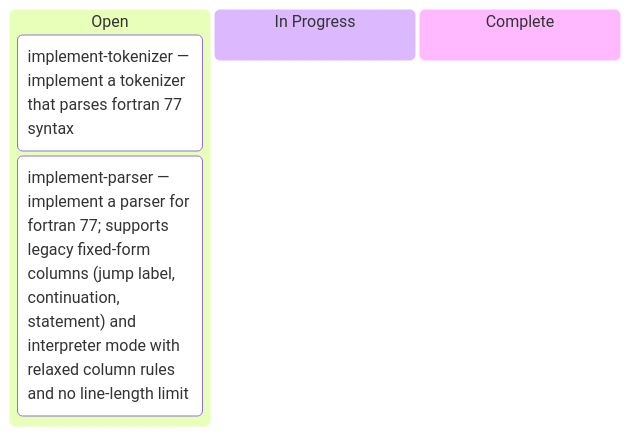
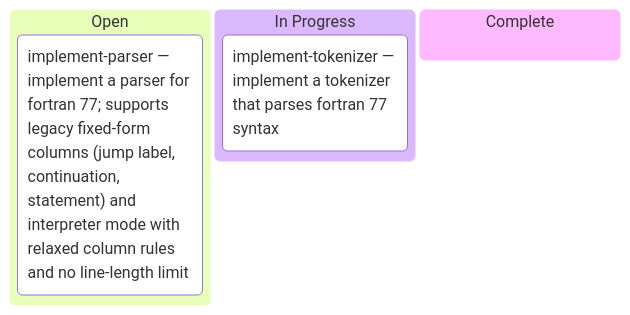
Before and after one commit to armandli/f77interpret: the diagram in docs/memory/kanban.md, drawn with Mermaid. The commit also changed other lines of this file and 1 other file, not shown here.

Commit message:
push tokenizer implementation to in progress

````diff
--- a/docs/memory/kanban.md
+++ b/docs/memory/kanban.md
@@ -3,8 +3,8 @@
 ```mermaid
 kanban
     open[Open]
-        implement-tokenizer["implement-tokenizer — implement a tokenizer that parses fortran 77 syntax"]
         implement-parser["implement-parser — implement a parser for fortran 77; supports legacy fixed-form columns (jump label, continuation, statement) and interpreter mode with relaxed column rules and no line-length limit"]
     inprogress[In Progress]
+        implement-tokenizer["implement-tokenizer — implement a tokenizer that parses fortran 77 syntax"]
     complete[Complete]
 ```
````
